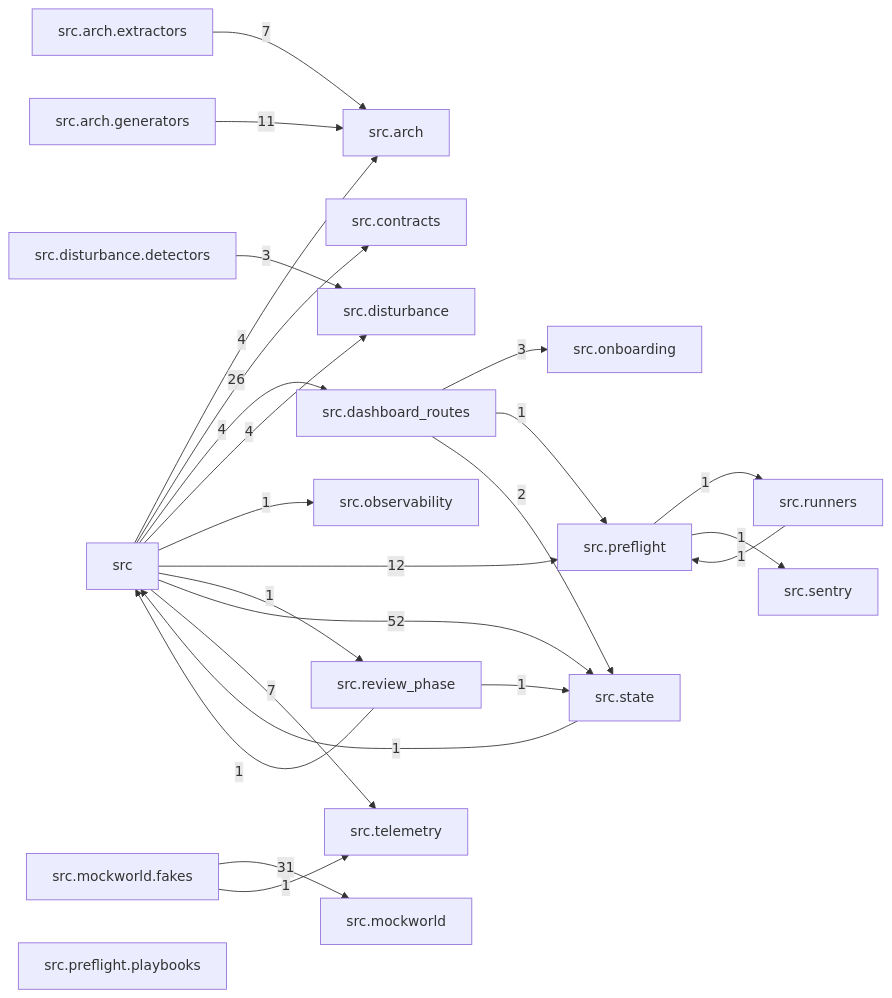
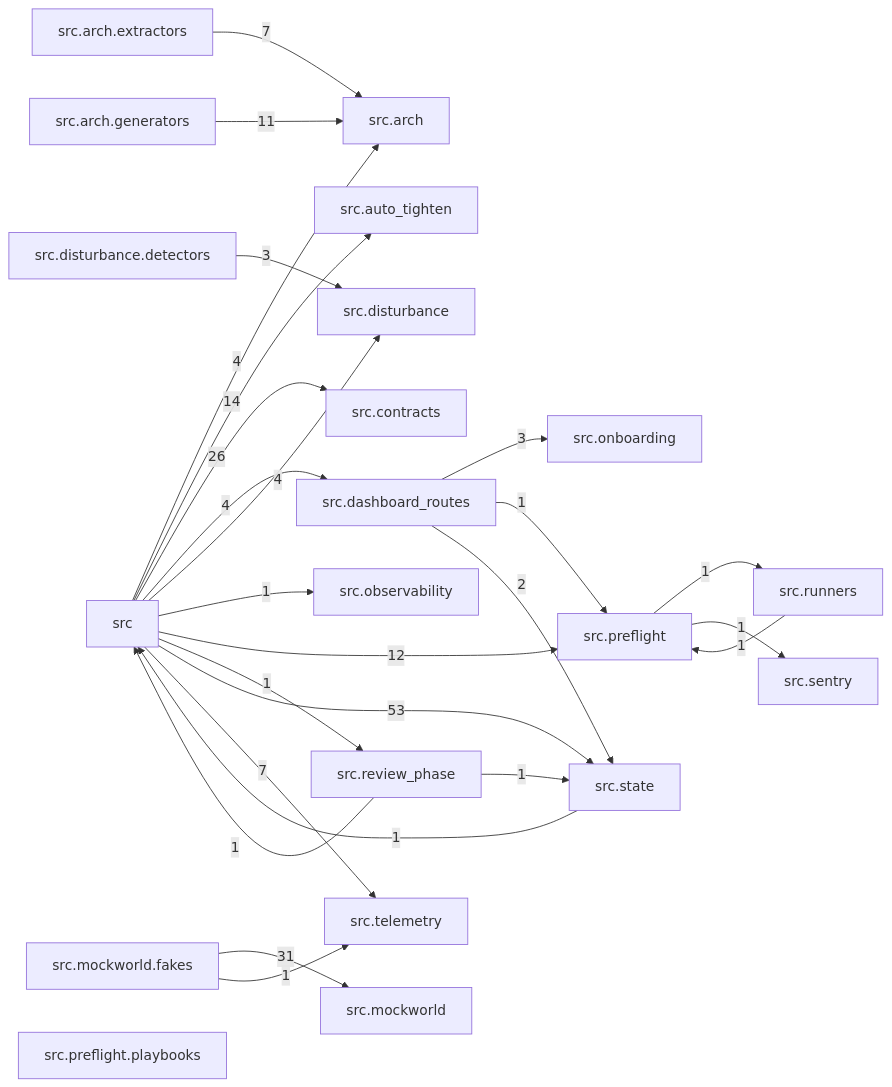
One commit to T-rav/hydraflow changed the diagram in docs/arch/generated/modules.md. Above: the diagram before and after it, drawn with Mermaid. The commit also changed 50 other files, not shown here.

First line of the commit message:
feat(auto-tighten): auto-tightening ratchet loop (coverage floor, ADR-0104) (#9713)

````diff
--- a/docs/arch/generated/modules.md
+++ b/docs/arch/generated/modules.md
@@ -7,45 +7,47 @@
 ```mermaid
 graph LR
     src["src"]
     src_arch["src.arch"]
     src_arch_extractors["src.arch.extractors"]
     src_arch_generators["src.arch.generators"]
+    src_auto_tighten["src.auto_tighten"]
     src_contracts["src.contracts"]
     src_dashboard_routes["src.dashboard_routes"]
     src_disturbance["src.disturbance"]
     src_disturbance_detectors["src.disturbance.detectors"]
     src_mockworld["src.mockworld"]
     src_mockworld_fakes["src.mockworld.fakes"]
     src_observability["src.observability"]
     src_onboarding["src.onboarding"]
     src_preflight["src.preflight"]
     src_preflight_playbooks["src.preflight.playbooks"]
     src_review_phase["src.review_phase"]
     src_runners["src.runners"]
     src_sentry["src.sentry"]
     src_state["src.state"]
     src_telemetry["src.telemetry"]
     src -- "4" --> src_arch
+    src -- "14" --> src_auto_tighten
     src -- "26" --> src_contracts
     src -- "4" --> src_dashboard_routes
     src -- "4" --> src_disturbance
     src -- "1" --> src_observability
     src -- "12" --> src_preflight
     src -- "1" --> src_review_phase
-    src -- "52" --> src_state
+    src -- "53" --> src_state
     src -- "7" --> src_telemetry
     src_arch_extractors -- "7" --> src_arch
     src_arch_generators -- "11" --> src_arch
     src_dashboard_routes -- "3" --> src_onboarding
     src_dashboard_routes -- "1" --> src_preflight
     src_dashboard_routes -- "2" --> src_state
     src_disturbance_detectors -- "3" --> src_disturbance
     src_mockworld_fakes -- "31" --> src_mockworld
     src_mockworld_fakes -- "1" --> src_telemetry
     src_preflight -- "1" --> src_runners
     src_preflight -- "1" --> src_sentry
     src_review_phase -- "1" --> src
     src_review_phase -- "1" --> src_state
     src_runners -- "1" --> src_preflight
     src_state -- "1" --> src
 ```
````
